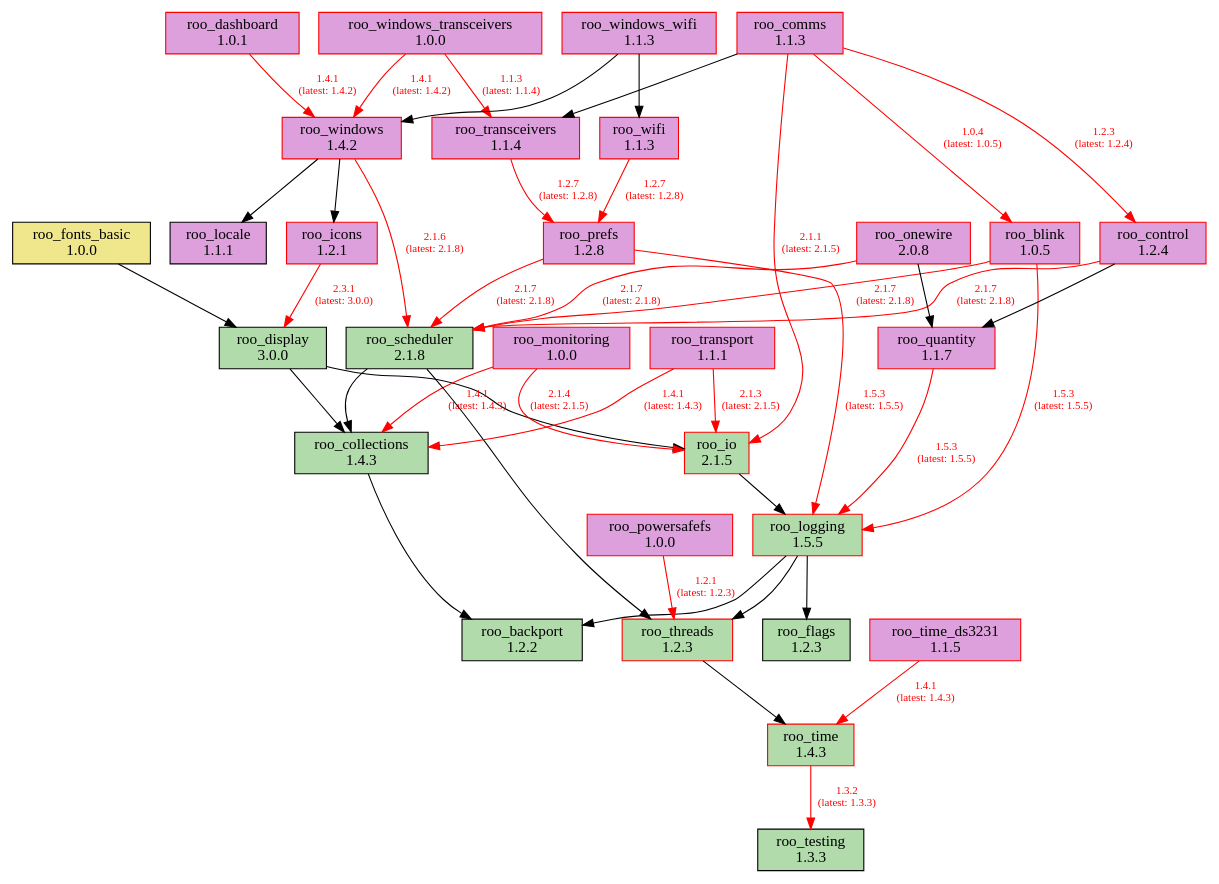
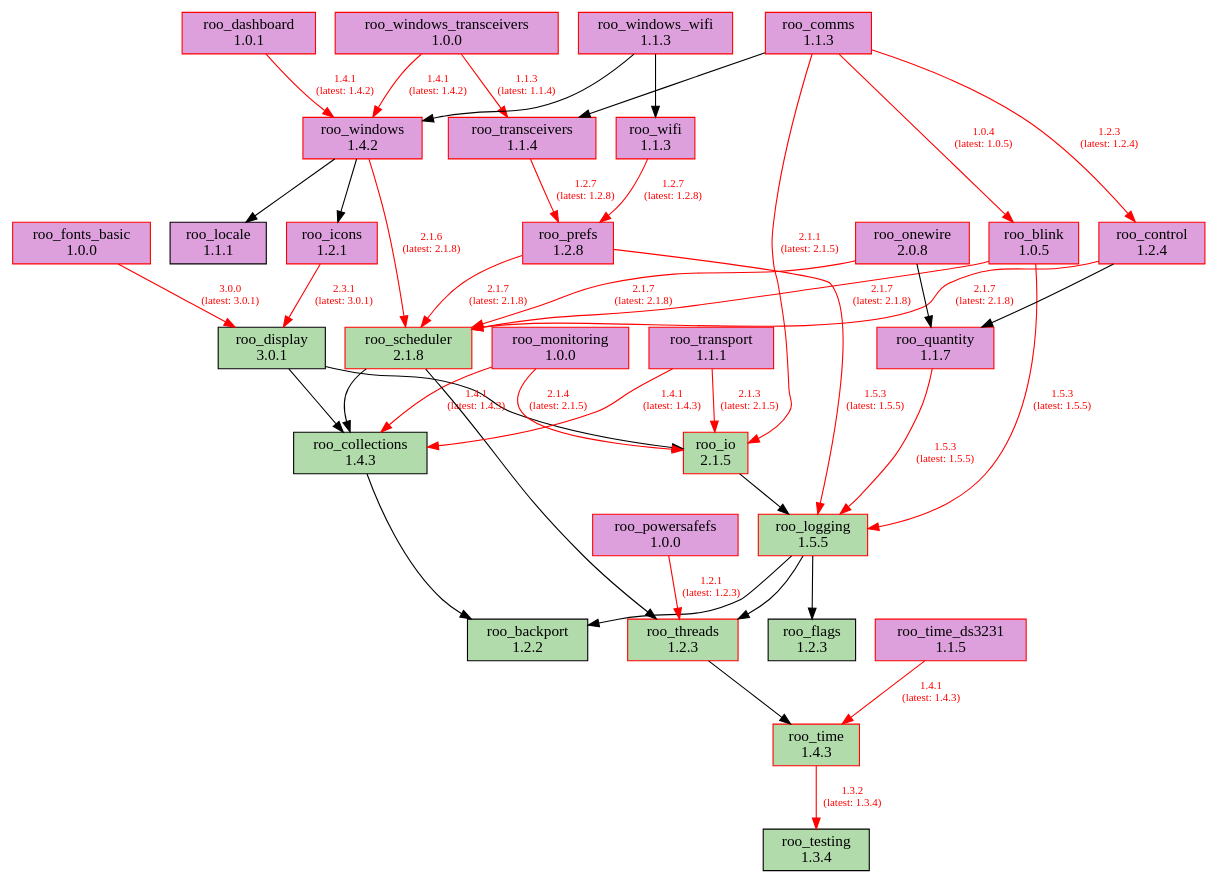
One commit to dejwk/roo-registry changed the diagram in doc/dependencies.dot. Above: the diagram before and after it, drawn with Graphviz. The commit also changed 3 other files, not shown here.

Commit message:
Added roo_display 3.0.1 to the registry.

```diff
--- a/doc/dependencies.dot
+++ b/doc/dependencies.dot
@@ -1,80 +1,80 @@
 digraph dependencies {
     rankdir=TB;
     node [shape=box, style=filled];
     edge [fontsize=10];
 
     // Modules
     "roo_backport" [label="roo_backport\n1.2.2", fillcolor="#b1dbab", color="black"];
     "roo_blink" [label="roo_blink\n1.0.5", fillcolor="plum", color="red"];
     "roo_collections" [label="roo_collections\n1.4.3", fillcolor="#b1dbab", color="black"];
     "roo_comms" [label="roo_comms\n1.1.3", fillcolor="plum", color="red"];
     "roo_control" [label="roo_control\n1.2.4", fillcolor="plum", color="red"];
     "roo_dashboard" [label="roo_dashboard\n1.0.1", fillcolor="plum", color="red"];
-    "roo_display" [label="roo_display\n3.0.0", fillcolor="#b1dbab", color="black"];
+    "roo_display" [label="roo_display\n3.0.1", fillcolor="#b1dbab", color="black"];
     "roo_flags" [label="roo_flags\n1.2.3", fillcolor="#b1dbab", color="black"];
-    "roo_fonts_basic" [label="roo_fonts_basic\n1.0.0", fillcolor="khaki", color="black"];
+    "roo_fonts_basic" [label="roo_fonts_basic\n1.0.0", fillcolor="plum", color="red"];
     "roo_icons" [label="roo_icons\n1.2.1", fillcolor="plum", color="red"];
     "roo_io" [label="roo_io\n2.1.5", fillcolor="#b1dbab", color="red"];
     "roo_locale" [label="roo_locale\n1.1.1", fillcolor="plum", color="black"];
     "roo_logging" [label="roo_logging\n1.5.5", fillcolor="#b1dbab", color="red"];
     "roo_monitoring" [label="roo_monitoring\n1.0.0", fillcolor="plum", color="red"];
     "roo_onewire" [label="roo_onewire\n2.0.8", fillcolor="plum", color="red"];
     "roo_powersafefs" [label="roo_powersafefs\n1.0.0", fillcolor="plum", color="red"];
     "roo_prefs" [label="roo_prefs\n1.2.8", fillcolor="plum", color="red"];
     "roo_quantity" [label="roo_quantity\n1.1.7", fillcolor="plum", color="red"];
-    "roo_scheduler" [label="roo_scheduler\n2.1.8", fillcolor="#b1dbab", color="black"];
-    "roo_testing" [label="roo_testing\n1.3.3", fillcolor="#b1dbab", color="black"];
+    "roo_scheduler" [label="roo_scheduler\n2.1.8", fillcolor="#b1dbab", color="red"];
+    "roo_testing" [label="roo_testing\n1.3.4", fillcolor="#b1dbab", color="black"];
     "roo_threads" [label="roo_threads\n1.2.3", fillcolor="#b1dbab", color="red"];
     "roo_time" [label="roo_time\n1.4.3", fillcolor="#b1dbab", color="red"];
     "roo_time_ds3231" [label="roo_time_ds3231\n1.1.5", fillcolor="plum", color="red"];
     "roo_transceivers" [label="roo_transceivers\n1.1.4", fillcolor="plum", color="red"];
     "roo_transport" [label="roo_transport\n1.1.1", fillcolor="plum", color="red"];
     "roo_wifi" [label="roo_wifi\n1.1.3", fillcolor="plum", color="red"];
     "roo_windows" [label="roo_windows\n1.4.2", fillcolor="plum", color="red"];
     "roo_windows_transceivers" [label="roo_windows_transceivers\n1.0.0", fillcolor="plum", color="red"];
     "roo_windows_wifi" [label="roo_windows_wifi\n1.1.3", fillcolor="plum", color="red"];
 
     // Dependencies
     "roo_blink" -> "roo_logging" [color=red, fontcolor=red, label="1.5.3\n(latest: 1.5.5)"];
     "roo_blink" -> "roo_scheduler" [color=red, fontcolor=red, label="2.1.7\n(latest: 2.1.8)"];
     "roo_collections" -> "roo_backport";
     "roo_comms" -> "roo_blink" [color=red, fontcolor=red, label="1.0.4\n(latest: 1.0.5)"];
     "roo_comms" -> "roo_control" [color=red, fontcolor=red, label="1.2.3\n(latest: 1.2.4)"];
     "roo_comms" -> "roo_io" [color=red, fontcolor=red, label="2.1.1\n(latest: 2.1.5)"];
     "roo_comms" -> "roo_transceivers";
     "roo_control" -> "roo_quantity";
     "roo_control" -> "roo_scheduler" [color=red, fontcolor=red, label="2.1.7\n(latest: 2.1.8)"];
     "roo_dashboard" -> "roo_windows" [color=red, fontcolor=red, label="1.4.1\n(latest: 1.4.2)"];
     "roo_display" -> "roo_collections";
     "roo_display" -> "roo_io";
-    "roo_fonts_basic" -> "roo_display";
-    "roo_icons" -> "roo_display" [color=red, fontcolor=red, label="2.3.1\n(latest: 3.0.0)"];
+    "roo_fonts_basic" -> "roo_display" [color=red, fontcolor=red, label="3.0.0\n(latest: 3.0.1)"];
+    "roo_icons" -> "roo_display" [color=red, fontcolor=red, label="2.3.1\n(latest: 3.0.1)"];
     "roo_io" -> "roo_logging";
     "roo_logging" -> "roo_backport";
     "roo_logging" -> "roo_flags";
     "roo_logging" -> "roo_threads";
     "roo_monitoring" -> "roo_collections" [color=red, fontcolor=red, label="1.4.1\n(latest: 1.4.3)"];
     "roo_monitoring" -> "roo_io" [color=red, fontcolor=red, label="2.1.4\n(latest: 2.1.5)"];
     "roo_onewire" -> "roo_scheduler" [color=red, fontcolor=red, label="2.1.7\n(latest: 2.1.8)"];
     "roo_onewire" -> "roo_quantity";
     "roo_powersafefs" -> "roo_threads" [color=red, fontcolor=red, label="1.2.1\n(latest: 1.2.3)"];
     "roo_prefs" -> "roo_logging" [color=red, fontcolor=red, label="1.5.3\n(latest: 1.5.5)"];
     "roo_prefs" -> "roo_scheduler" [color=red, fontcolor=red, label="2.1.7\n(latest: 2.1.8)"];
     "roo_quantity" -> "roo_logging" [color=red, fontcolor=red, label="1.5.3\n(latest: 1.5.5)"];
     "roo_scheduler" -> "roo_collections";
     "roo_scheduler" -> "roo_threads";
     "roo_threads" -> "roo_time";
-    "roo_time" -> "roo_testing" [color=red, fontcolor=red, label="1.3.2\n(latest: 1.3.3)"];
+    "roo_time" -> "roo_testing" [color=red, fontcolor=red, label="1.3.2\n(latest: 1.3.4)"];
     "roo_time_ds3231" -> "roo_time" [color=red, fontcolor=red, label="1.4.1\n(latest: 1.4.3)"];
     "roo_transceivers" -> "roo_prefs" [color=red, fontcolor=red, label="1.2.7\n(latest: 1.2.8)"];
     "roo_transport" -> "roo_collections" [color=red, fontcolor=red, label="1.4.1\n(latest: 1.4.3)"];
     "roo_transport" -> "roo_io" [color=red, fontcolor=red, label="2.1.3\n(latest: 2.1.5)"];
     "roo_wifi" -> "roo_prefs" [color=red, fontcolor=red, label="1.2.7\n(latest: 1.2.8)"];
     "roo_windows" -> "roo_locale";
     "roo_windows" -> "roo_icons";
     "roo_windows" -> "roo_scheduler" [color=red, fontcolor=red, label="2.1.6\n(latest: 2.1.8)"];
     "roo_windows_transceivers" -> "roo_transceivers" [color=red, fontcolor=red, label="1.1.3\n(latest: 1.1.4)"];
     "roo_windows_transceivers" -> "roo_windows" [color=red, fontcolor=red, label="1.4.1\n(latest: 1.4.2)"];
     "roo_windows_wifi" -> "roo_wifi";
     "roo_windows_wifi" -> "roo_windows";
 }
```
